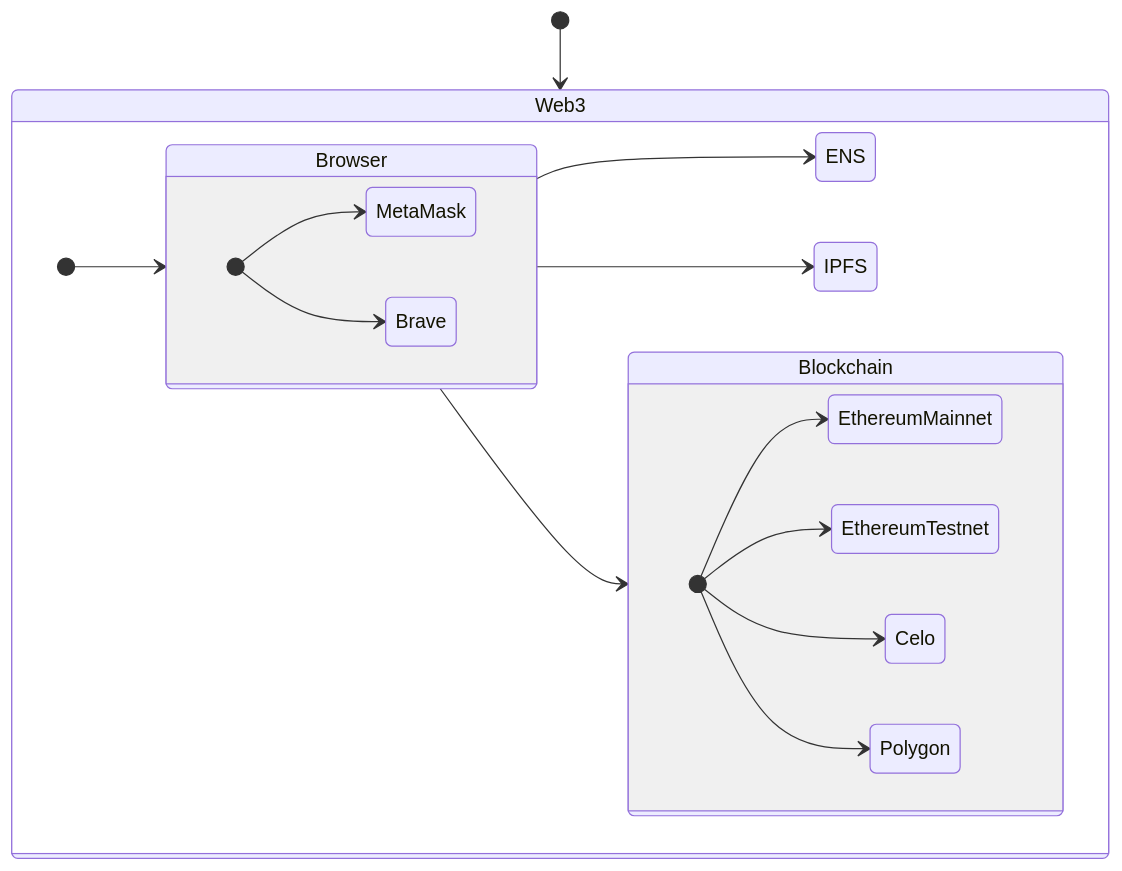
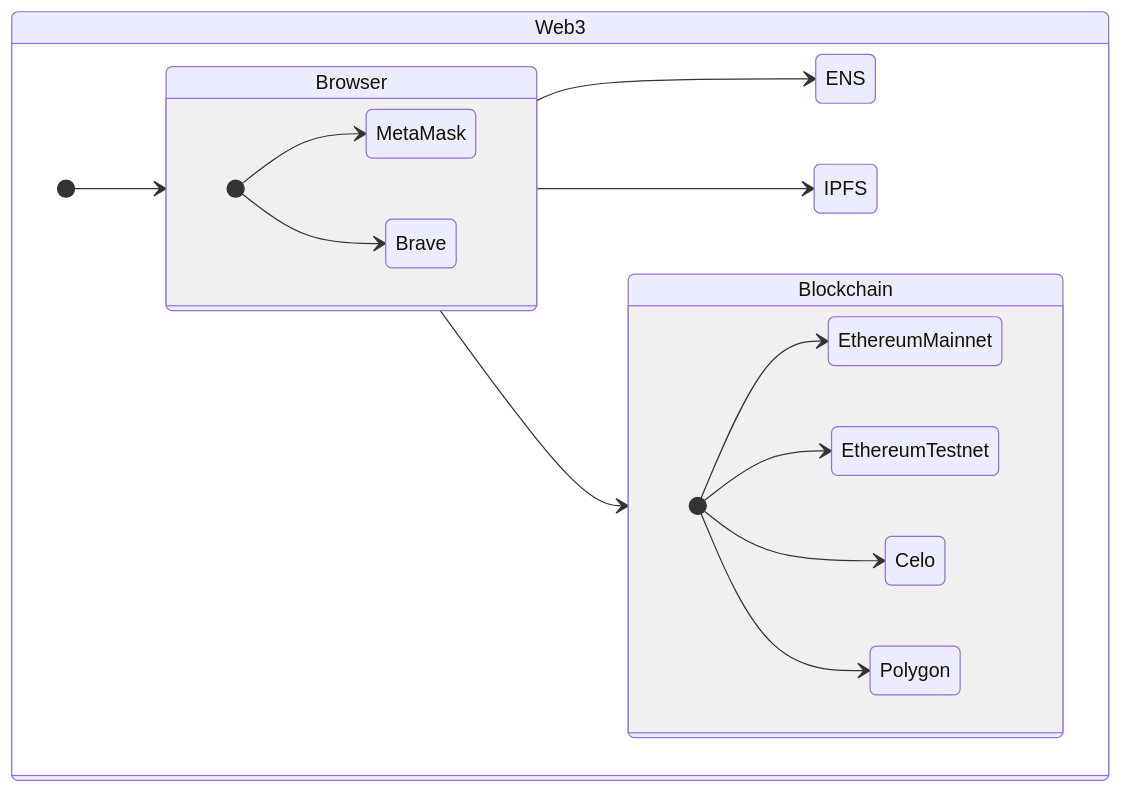
The diagram in README.md (maximilianou/weekly61), drawn with Mermaid before and after one commit. The commit also changed other lines of this file, not shown here.

Commit message:
feat(diag): diagrame mermaid blockchain L1 L2 markdown

````diff
--- a/README.md
+++ b/README.md
@@ -42,24 +42,23 @@
 ```mermaid
 stateDiagram-v2
-    [*] --> Web3
     state Web3 {
         direction LR
         [*] --> Browser 
         state Browser {
             direction LR
             [*] --> MetaMask
             [*] --> Brave
         }
         Browser --> ENS
         Browser --> IPFS
         Browser --> Blockchain
         state Blockchain {
             direction LR
             [*] --> EthereumMainnet
             [*] --> EthereumTestnet
             [*] --> Celo
             [*] --> Polygon
         }
         
     }           
 ```
````
